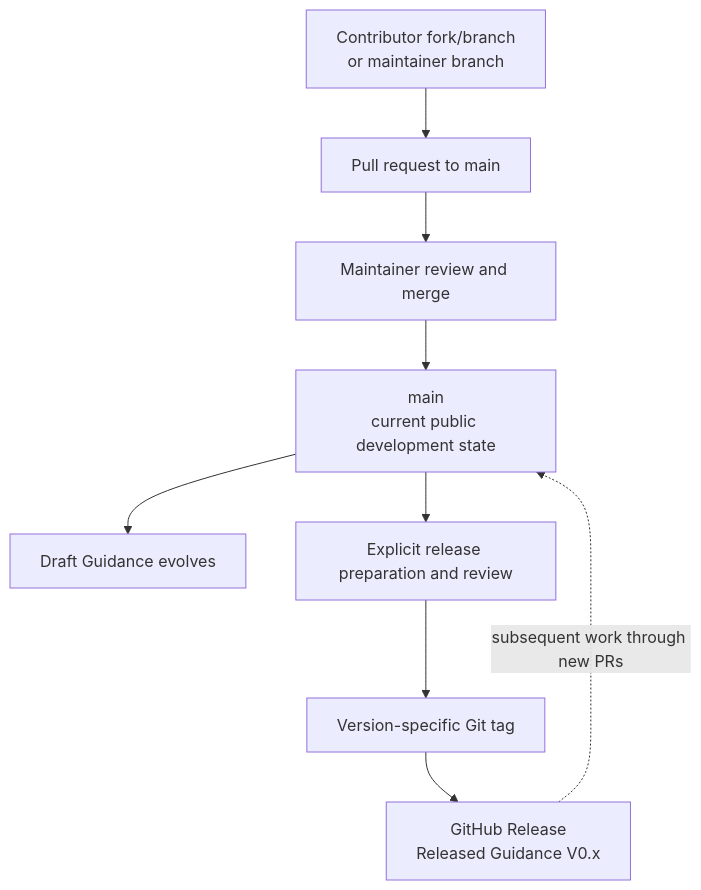
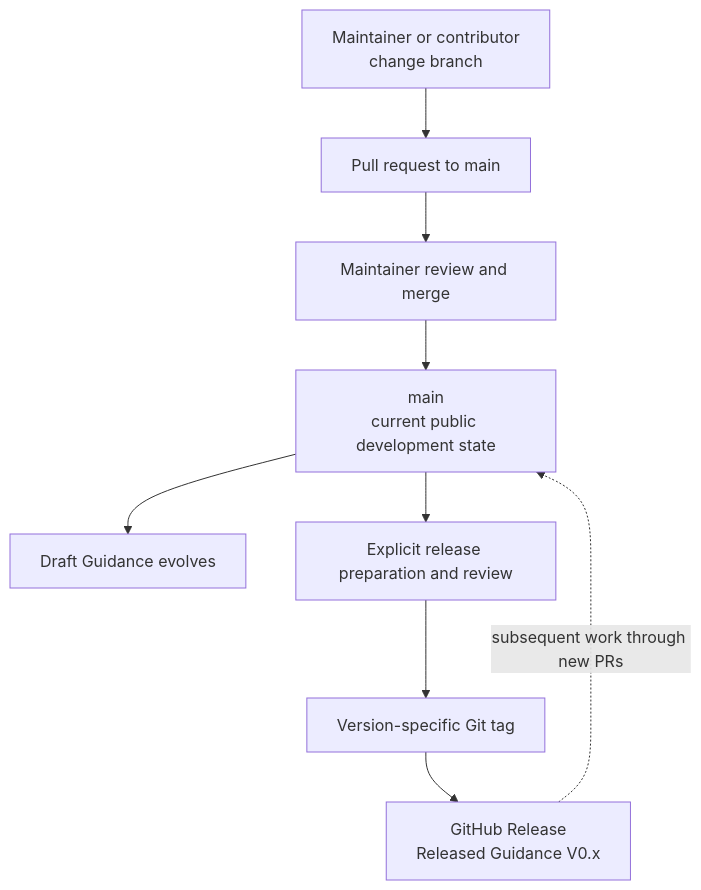
One commit to jvieille/ekr changed the fourth of 4 diagrams in GOVERNANCE.md. Above: the diagram before and after it, drawn with Mermaid. The commit also changed other lines of this file and 10 other files, not shown here.

````diff
--- a/GOVERNANCE.md
+++ b/GOVERNANCE.md
@@ -171,11 +182,11 @@
 ```mermaid
 flowchart TD
-    B["Contributor fork/branch<br/>or maintainer branch"] --> P[Pull request to main]
+    B["Maintainer or contributor<br/>change branch"] --> P[Pull request to main]
     P --> M[Maintainer review and merge]
     M --> MAIN["main<br/>current public development state"]
     MAIN --> D[Draft Guidance evolves]
     MAIN --> RR[Explicit release preparation and review]
     RR --> TAG[Version-specific Git tag]
     TAG --> REL["GitHub Release<br/>Released Guidance V0.x"]
     REL -. subsequent work through new PRs .-> MAIN
 ```
````
